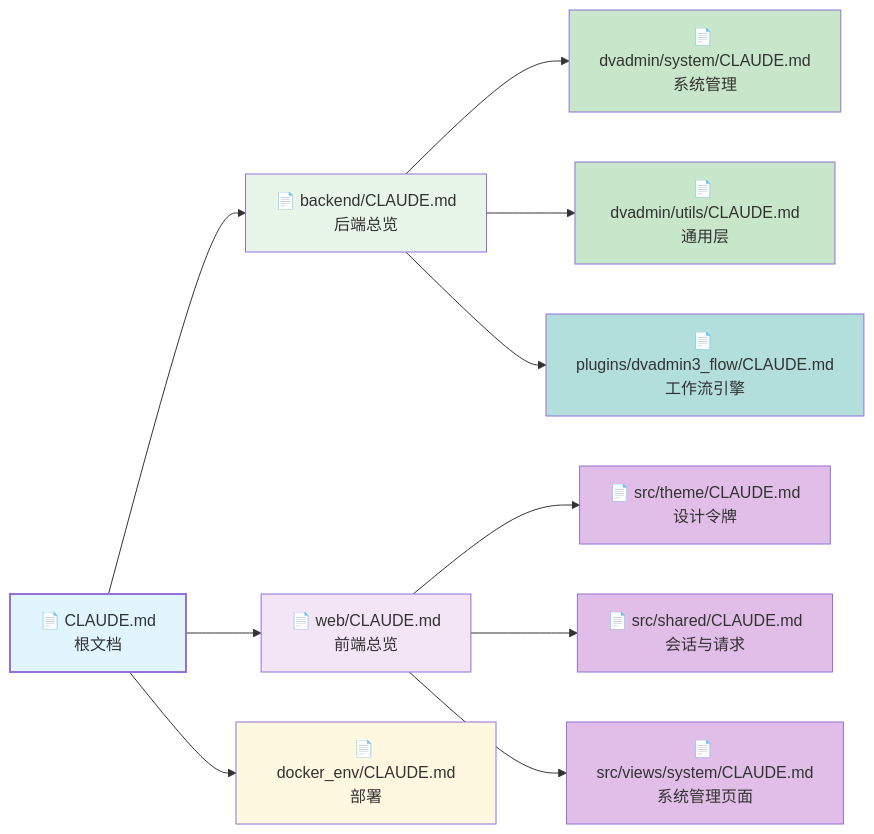
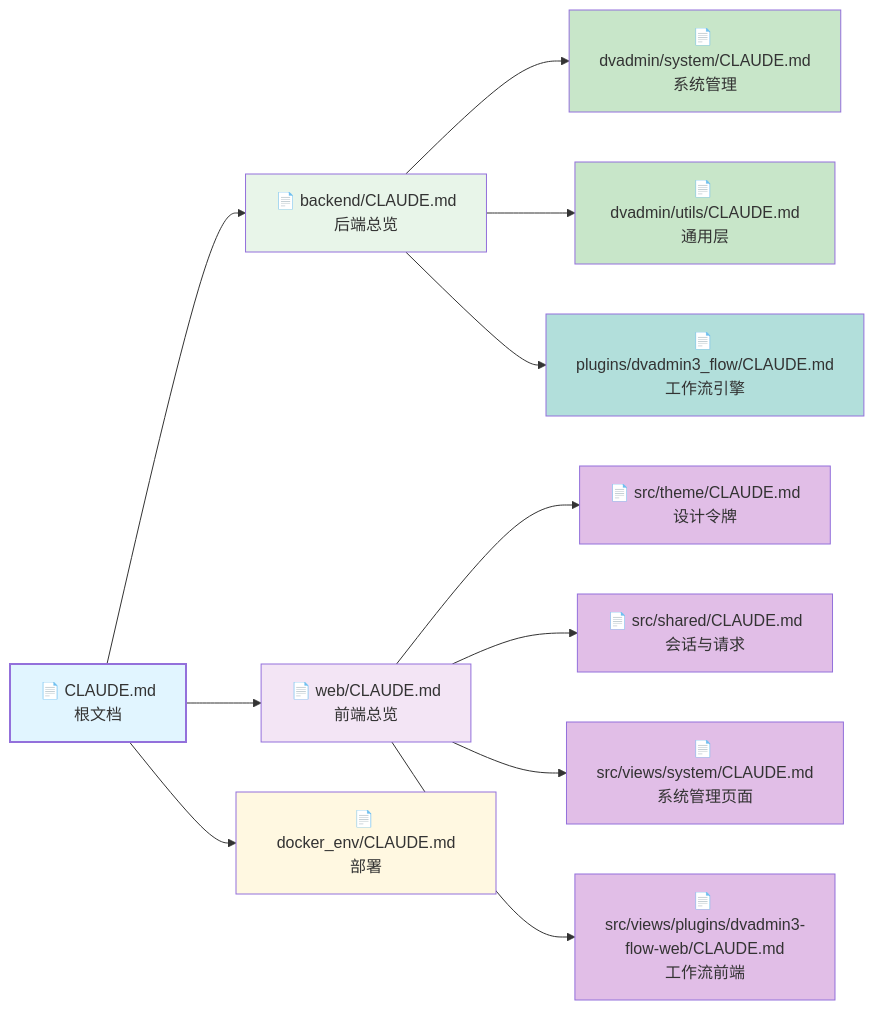
Before and after one commit to jack571754/dvadmin: the second of 2 diagrams in CLAUDE.md, drawn with Mermaid. The commit also changed other lines of this file and 182 other files, not shown here.

````diff
--- a/CLAUDE.md
+++ b/CLAUDE.md
@@ -219,27 +255,41 @@
 ```mermaid
 graph LR
     ROOT["📄 CLAUDE.md<br/>根文档"]
 
     ROOT --> BE["📄 backend/CLAUDE.md<br/>后端总览"]
     ROOT --> WEB["📄 web/CLAUDE.md<br/>前端总览"]
     ROOT --> DE["📄 docker_env/CLAUDE.md<br/>部署"]
 
     BE --> SYS["📄 dvadmin/system/CLAUDE.md<br/>系统管理"]
     BE --> UTIL["📄 dvadmin/utils/CLAUDE.md<br/>通用层"]
     BE --> FLOW["📄 plugins/dvadmin3_flow/CLAUDE.md<br/>工作流引擎"]
 
     WEB --> THEME["📄 src/theme/CLAUDE.md<br/>设计令牌"]
     WEB --> SH["📄 src/shared/CLAUDE.md<br/>会话与请求"]
     WEB --> VW["📄 src/views/system/CLAUDE.md<br/>系统管理页面"]
+    WEB --> FW["📄 src/views/plugins/dvadmin3-flow-web/CLAUDE.md<br/>工作流前端"]
+
+    click ROOT "./CLAUDE.md" "根文档"
+    click BE "./backend/CLAUDE.md" "后端总览"
+    click WEB "./web/CLAUDE.md" "前端总览"
+    click DE "./docker_env/CLAUDE.md" "部署"
+    click SYS "./backend/dvadmin/system/CLAUDE.md" "系统管理"
+    click UTIL "./backend/dvadmin/utils/CLAUDE.md" "通用层"
+    click FLOW "./backend/plugins/dvadmin3_flow/CLAUDE.md" "工作流引擎"
+    click THEME "./web/src/theme/CLAUDE.md" "设计令牌"
+    click SH "./web/src/shared/CLAUDE.md" "会话与请求"
+    click VW "./web/src/views/system/CLAUDE.md" "系统管理页面"
+    click FW "./web/src/views/plugins/dvadmin3-flow-web/CLAUDE.md" "工作流前端"
 
     style ROOT fill:#e1f5ff,stroke-width:2px
     style BE fill:#e8f5e9
     style WEB fill:#f3e5f5
     style DE fill:#fff8e1
     style SYS fill:#c8e6c9
     style UTIL fill:#c8e6c9
     style FLOW fill:#b2dfdb
     style THEME fill:#e1bee7
     style SH fill:#e1bee7
     style VW fill:#e1bee7
+    style FW fill:#e1bee7
 ```
````
